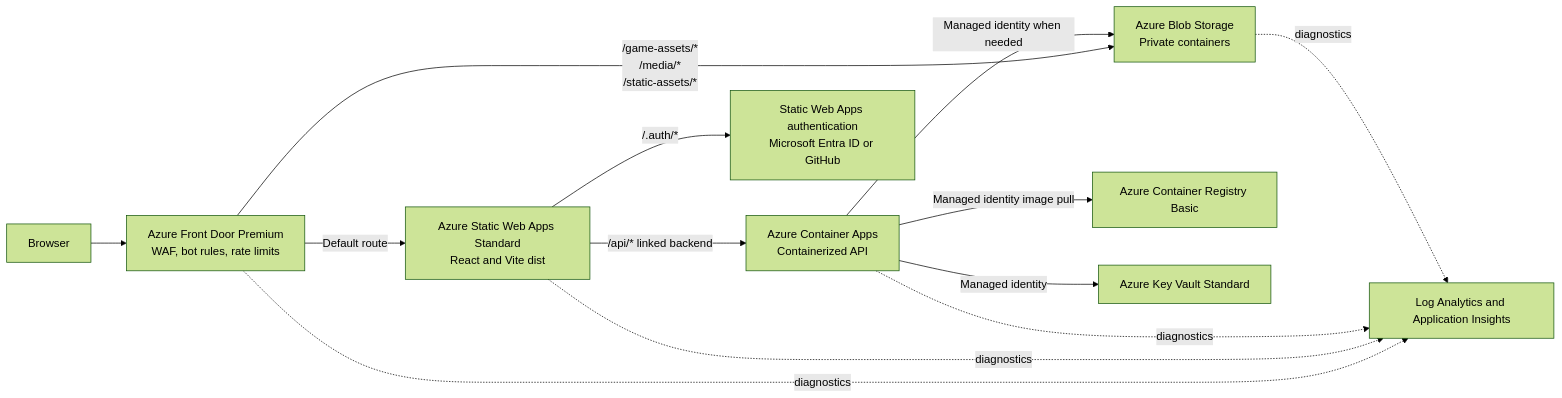
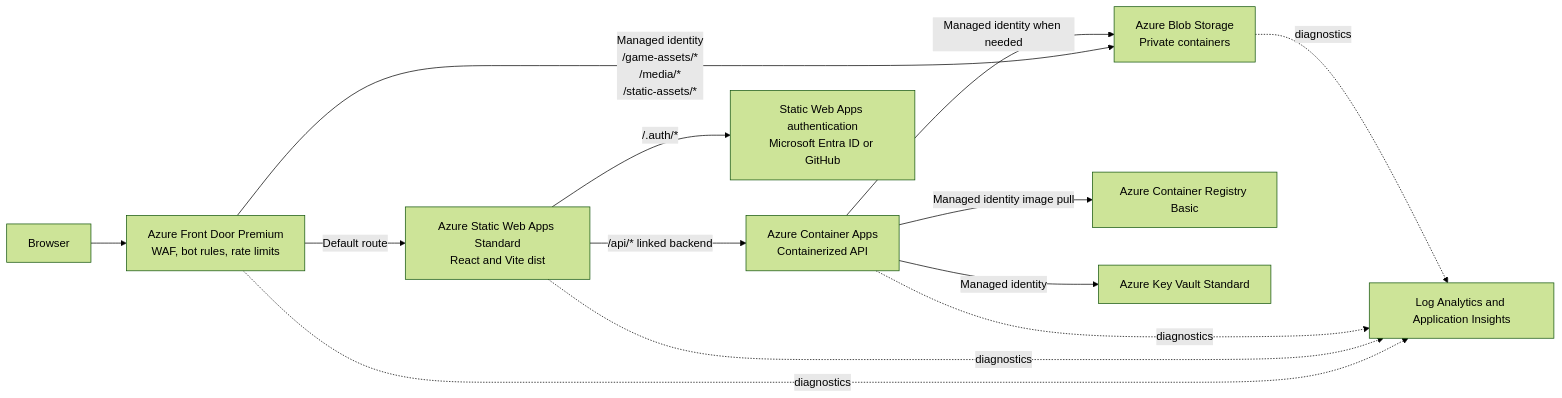
The diagram in docs/hosting-infrastructure.md (jdylanmc/game-hub), drawn with Mermaid (forest theme) before and after one commit. The commit also changed other lines of this file and 9 other files, not shown here.

````diff
--- a/docs/hosting-infrastructure.md
+++ b/docs/hosting-infrastructure.md
@@ -38,19 +38,19 @@
 ```mermaid
 flowchart LR
   user[Browser] --> afd[Azure Front Door Premium<br/>WAF, bot rules, rate limits]
 
   afd -->|Default route| swa[Azure Static Web Apps Standard<br/>React and Vite dist]
-  afd -->|/game-assets/*<br/>/media/*<br/>/static-assets/*| blob[Azure Blob Storage<br/>Private containers]
+  afd -->|Managed identity<br/>/game-assets/*<br/>/media/*<br/>/static-assets/*| blob[Azure Blob Storage<br/>Private containers]
 
   swa -->|/api/* linked backend| api[Azure Container Apps<br/>Containerized API]
   swa -->|/.auth/*| auth[Static Web Apps authentication<br/>Microsoft Entra ID or GitHub]
 
   api -->|Managed identity image pull| acr[Azure Container Registry Basic]
   api -->|Managed identity| kv[Azure Key Vault Standard]
   api -->|Managed identity when needed| blob
 
   afd -. diagnostics .-> logs[Log Analytics and Application Insights]
   swa -. diagnostics .-> logs
   api -. diagnostics .-> logs
   blob -. diagnostics .-> logs
 ```
````
